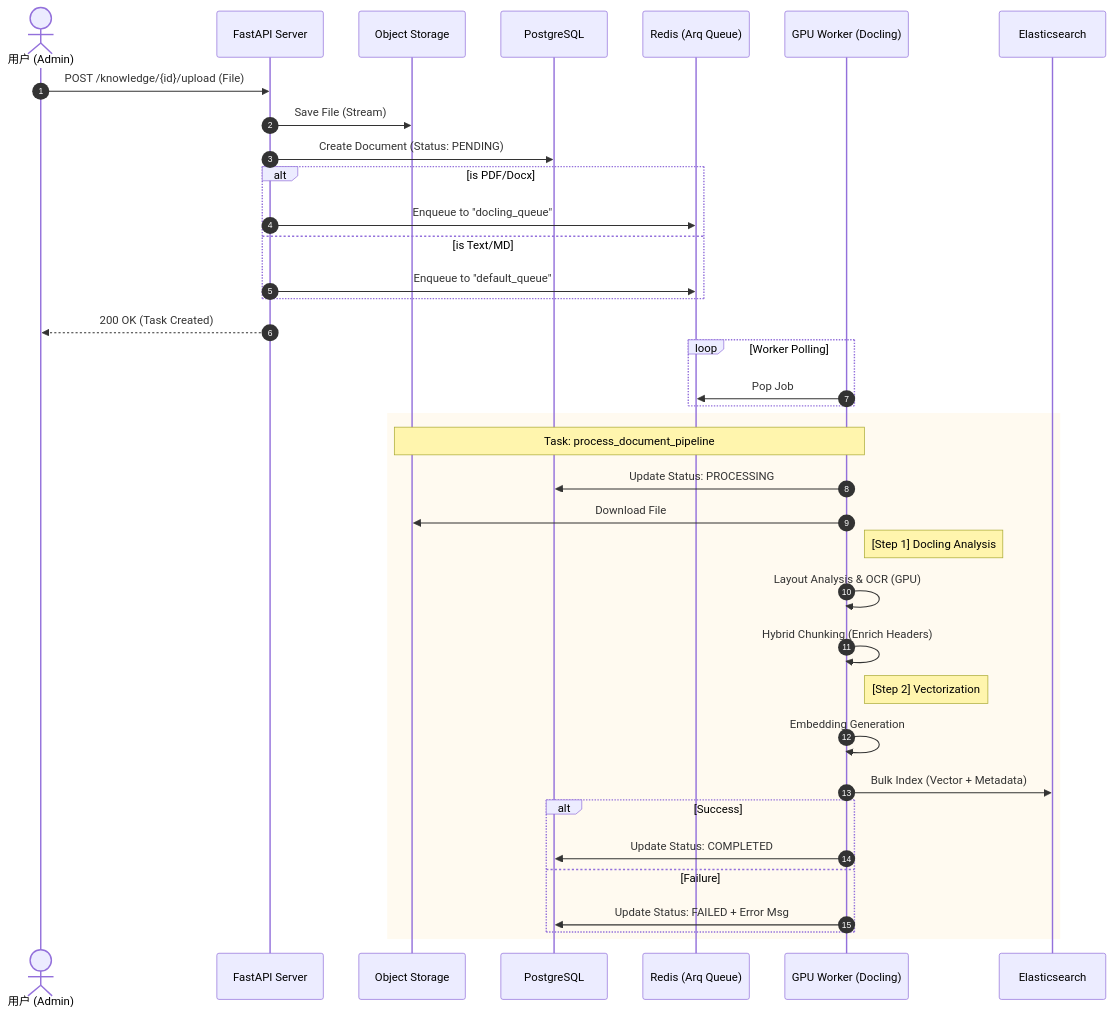
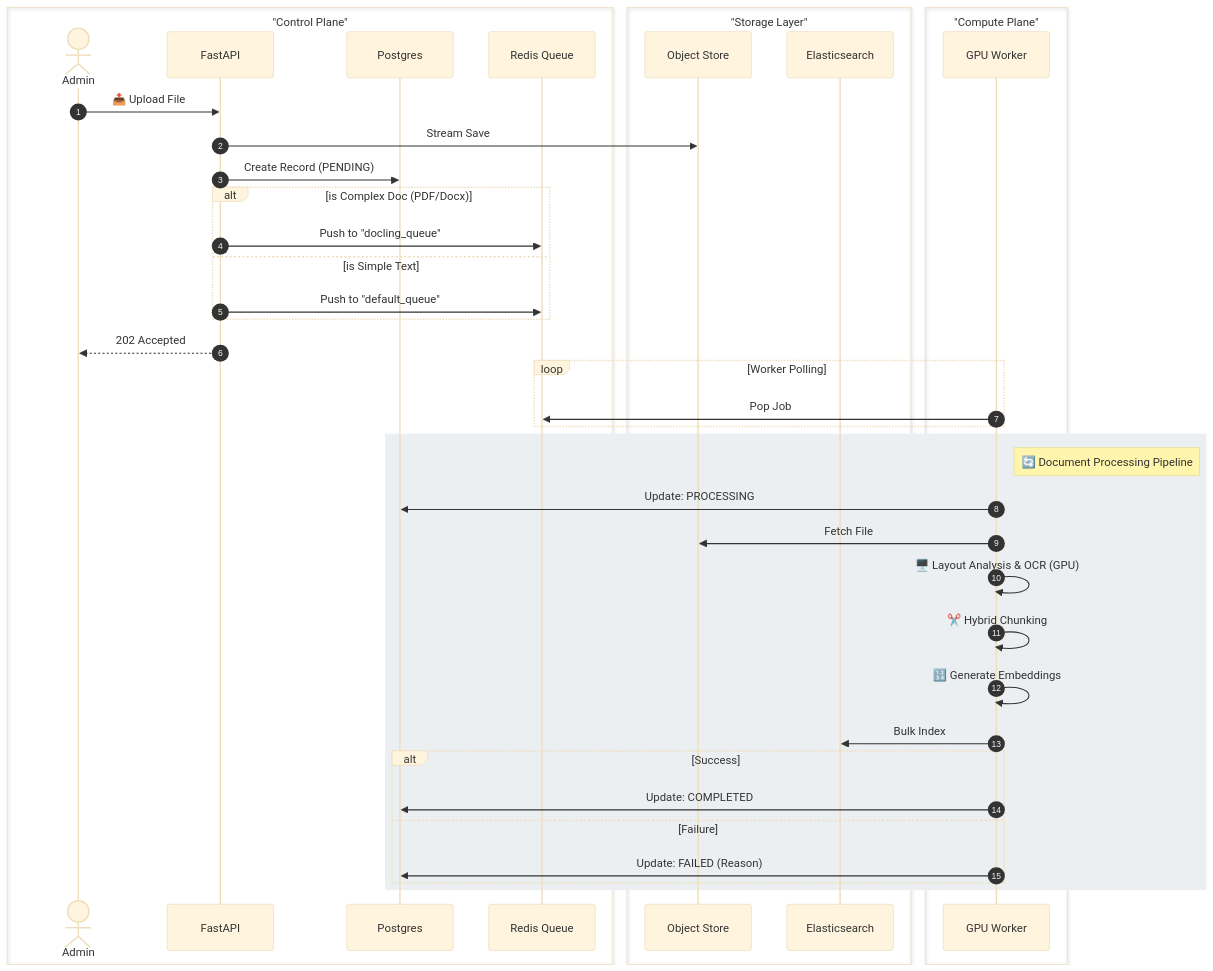
Before and after one commit to pswd123456/rag-practice: the third of 3 diagrams in README.md, drawn with Mermaid. The commit also changed other lines of this file, not shown here.

````diff
--- a/README.md
+++ b/README.md
@@ -255,51 +258,59 @@
 ```mermaid
 sequenceDiagram
     autonumber
-    actor User as 用户 (Admin)
-    participant API as FastAPI Server
-    participant MinIO as Object Storage
-    participant DB as PostgreSQL
-    participant Redis as Redis (Arq Queue)
-    participant Worker as GPU Worker (Docling)
+    %%{init: {'theme': 'base', 'themeVariables': {'fontFamily': 'arial'}}}%%
+    
+    box "Control Plane" #f4f4f4
+    actor User as Admin
+    participant API as FastAPI
+    participant DB as Postgres
+    participant Redis as Redis Queue
+    end
+
+    box "Storage Layer" #e1f5fe
+    participant MinIO as Object Store
     participant ES as Elasticsearch
+    end
 
-    %% 1. 上传阶段
-    User->>API: POST /knowledge/{id}/upload (File)
-    API->>MinIO: Save File (Stream)
-    API->>DB: Create Document (Status: PENDING)
+    box "Compute Plane" #fff9c4
+    participant Worker as GPU Worker
+    end
+
+    %% 1. 上传
+    User->>API: 📤 Upload File
+    API->>MinIO: Stream Save
+    API->>DB: Create Record (PENDING)
     
-    %% 2. 任务分发
-    alt is PDF/Docx
-        API->>Redis: Enqueue to "docling_queue"
-    else is Text/MD
-        API->>Redis: Enqueue to "default_queue"
+    alt is Complex Doc (PDF/Docx)
+        API->>Redis: Push to "docling_queue"
+    else is Simple Text
+        API->>Redis: Push to "default_queue"
     end
-    API-->>User: 200 OK (Task Created)
+    API-->>User: 202 Accepted
 
-    %% 3. 异步处理阶段 (Worker)
+    %% 2. 异步处理
     loop Worker Polling
         Worker->>Redis: Pop Job
     end
     
-    rect rgb(255, 250, 240)
-        Note over Worker,MinIO: Task: process_document_pipeline
-        Worker->>DB: Update Status: PROCESSING
-        Worker->>MinIO: Download File
-        
-        %% Docling Processing
-        Note right of Worker: [Step 1] Docling Analysis
-        Worker->>Worker: Layout Analysis & OCR (GPU)
-        Worker->>Worker: Hybrid Chunking (Enrich Headers)
-
-        %% Vectorization
-        Note right of Worker: [Step 2] Vectorization
-        Worker->>Worker: Embedding Generation
-        Worker->>ES: Bulk Index (Vector + Metadata)
-        
-        alt Success
-            Worker->>DB: Update Status: COMPLETED
-        else Failure
-            Worker->>DB: Update Status: FAILED + Error Msg
-        end
+    rect rgb(236, 239, 241)
+    note right of Worker: 🔄 Document Processing Pipeline
+    
+    Worker->>DB: Update: PROCESSING
+    Worker->>MinIO: Fetch File
+    
+    %% Docling Analysis
+    Worker->>Worker: 🖥️ Layout Analysis & OCR (GPU)
+    Worker->>Worker: ✂️ Hybrid Chunking
+    
+    %% Indexing
+    Worker->>Worker: 🔢 Generate Embeddings
+    Worker->>ES: Bulk Index
+    
+    alt Success
+        Worker->>DB: Update: COMPLETED
+    else Failure
+        Worker->>DB: Update: FAILED (Reason)
+    end
     end
 ```
````
